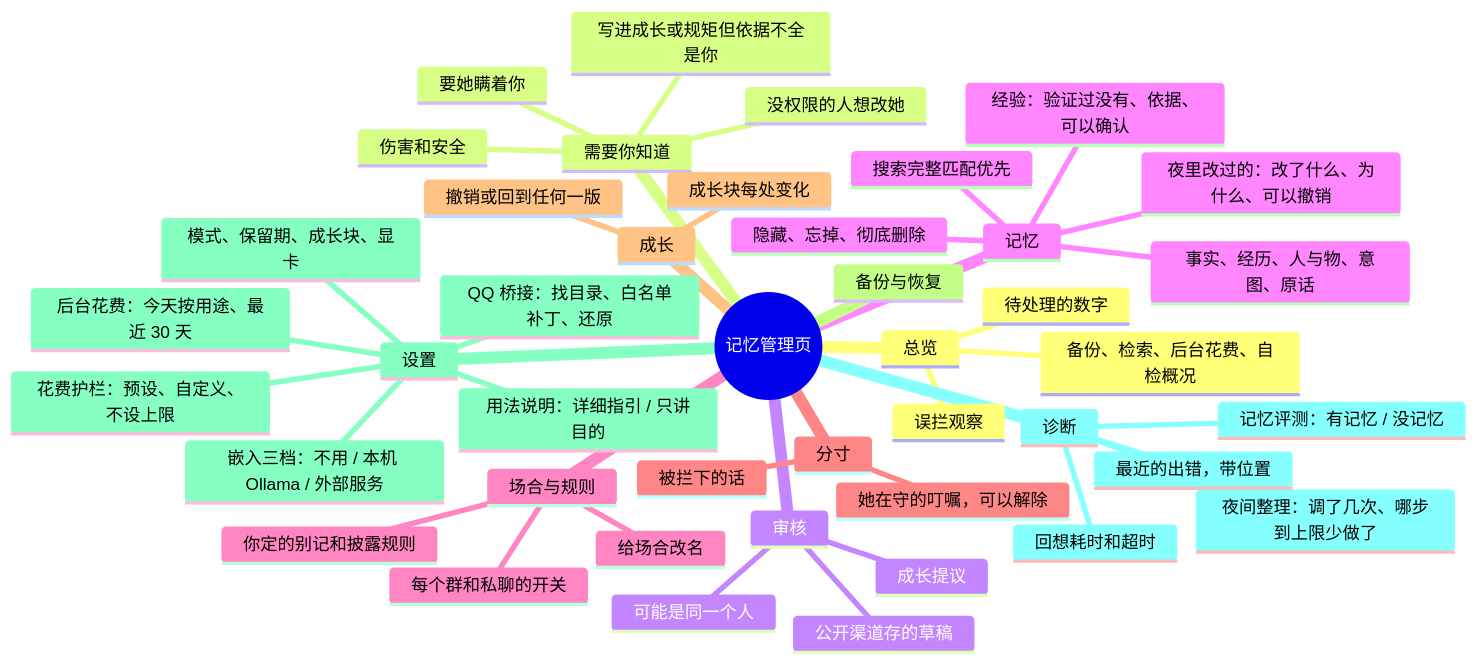
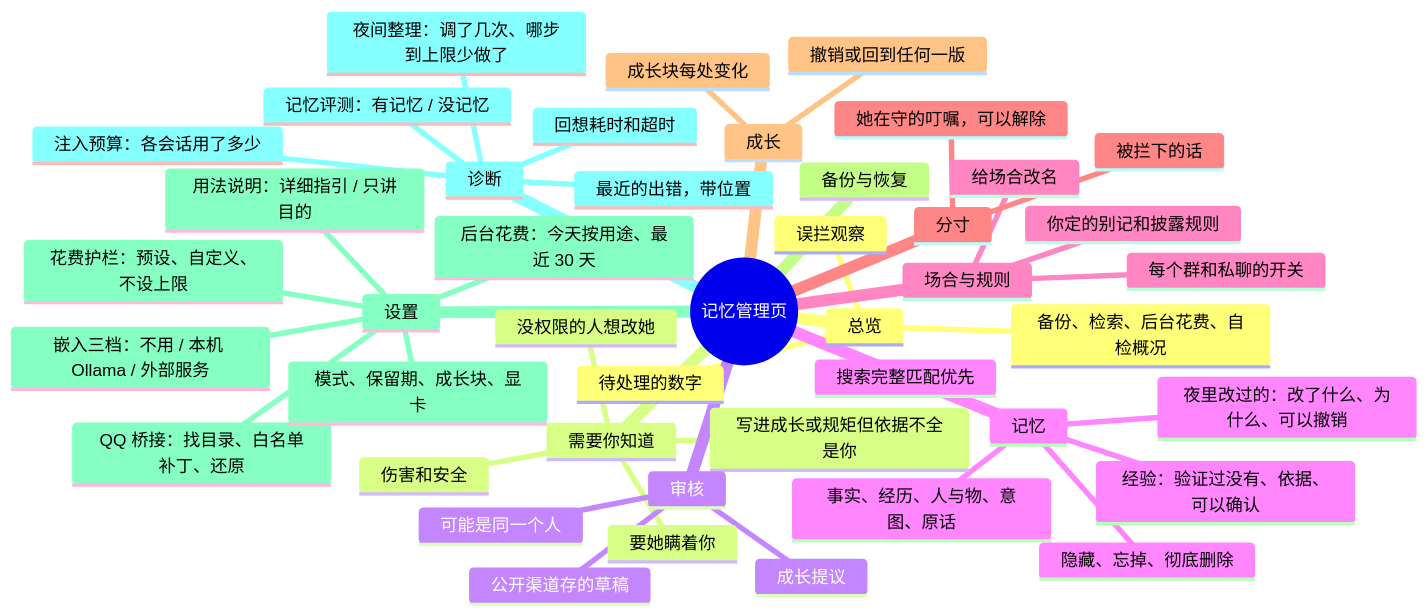
One commit to QiuYeDx/dsh-rugu changed the ninth of 9 diagrams in docs/图解.md. Above: the diagram before and after it, drawn with Mermaid. The commit also changed other lines of this file, not shown here.

Commit message:
图解：补日记只补最近 7 天；诊断里加注入预算一项

````diff
--- a/docs/图解.md
+++ b/docs/图解.md
@@ -313,46 +313,47 @@
 ```mermaid
 mindmap
   root((记忆管理页))
     总览
       待处理的数字
       误拦观察
       备份、检索、后台花费、自检概况
     需要你知道
       没权限的人想改她
       要她瞒着你
       伤害和安全
       写进成长或规矩但依据不全是你
     审核
       公开渠道存的草稿
       可能是同一个人
       成长提议
     记忆
       事实、经历、人与物、意图、原话
       夜里改过的：改了什么、为什么、可以撤销
       经验：验证过没有、依据、可以确认
       隐藏、忘掉、彻底删除
       搜索完整匹配优先
     场合与规则
       每个群和私聊的开关
       给场合改名
       你定的别记和披露规则
     分寸
       被拦下的话
       她在守的叮嘱，可以解除
     成长
       成长块每处变化
       撤销或回到任何一版
     备份与恢复
     设置
       嵌入三档：不用 / 本机 Ollama / 外部服务
       QQ 桥接：找目录、白名单补丁、还原
       模式、保留期、成长块、显卡
       用法说明：详细指引 / 只讲目的
       后台花费：今天按用途、最近 30 天
       花费护栏：预设、自定义、不设上限
     诊断
       夜间整理：调了几次、哪步到上限少做了
       最近的出错，带位置
       回想耗时和超时
       记忆评测：有记忆 / 没记忆
+      注入预算：各会话用了多少
 ```
````
